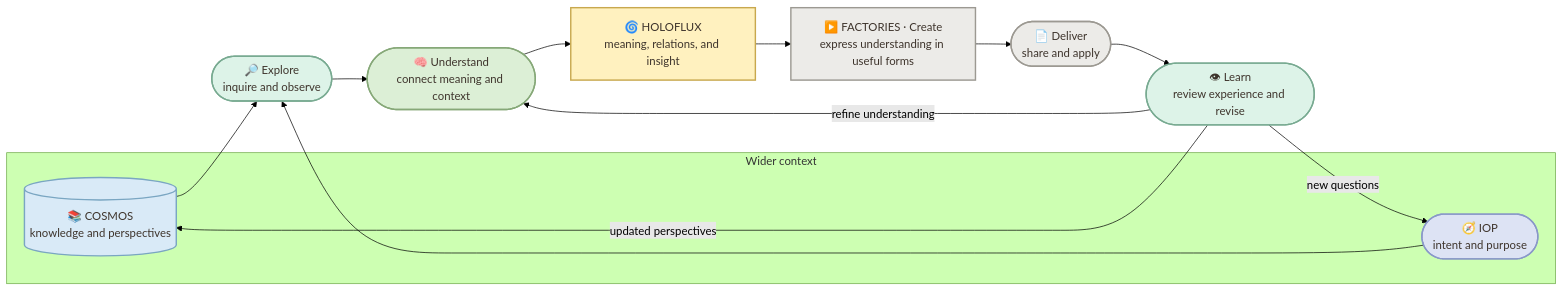
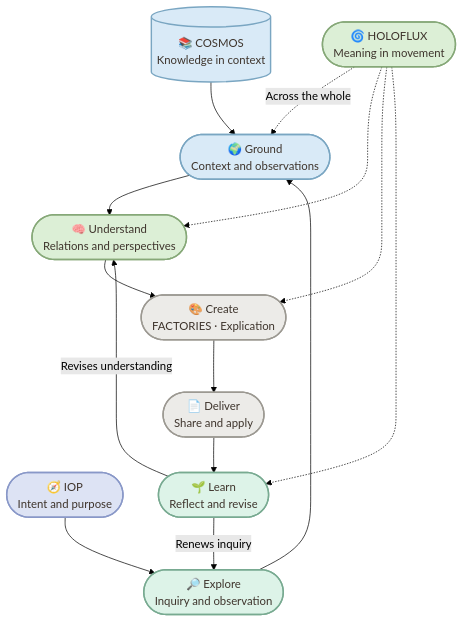
The second of 2 diagrams in README.md (enogrob/project-holoflux), drawn with Mermaid (forest theme) before and after one commit. The commit also changed other lines of this file, not shown here.

Commit message:
docs: refine public HOLOFLUX meaning and evolution (#1)

````diff
--- a/README.md
+++ b/README.md
@@ -75,32 +75,32 @@
 ```mermaid
-flowchart LR
-	subgraph Context["Wider context"]
-		K[(📚 COSMOS<br/>knowledge and perspectives)]:::context
-		Q([🧭 IOP<br/>intent and purpose]):::orientation
-	end
+flowchart TD
+    K[(📚 COSMOS<br/>Knowledge in context)]:::context
+    I([🧭 IOP<br/>Intent and purpose]):::orientation
+    E([🔎 Explore<br/>Inquiry and observation]):::observation
+    G([🌍 Ground<br/>Context and observations]):::context
+    U([🧠 Understand<br/>Relations and perspectives]):::understanding
+    C([🎨 Create<br/>FACTORIES · Explication]):::projection
+    D([📄 Deliver<br/>Share and apply]):::projection
+    L([🌱 Learn<br/>Reflect and revise]):::observation
+    H([🌀 HOLOFLUX<br/>Meaning in movement]):::understanding
 
-	U([🔎 Explore<br/>inquire and observe]):::observation
-	M([🧠 Understand<br/>connect meaning and context]):::understanding
-	X[🌀 HOLOFLUX<br/>meaning, relations, and insight]:::orchestration
-	C[▶️ FACTORIES · Create<br/>express understanding in useful forms]:::projection
-	D([📄 Deliver<br/>share and apply]):::projection
-	R([👁 Learn<br/>review experience and revise]):::observation
+    K --> G
+    I --> E
+    E --> G
+    G --> U
+    U --> C
+    C --> D
+    D --> L
+    L -->|Renews inquiry| E
+    L -->|Revises understanding| U
+    H -.->|Across the whole| G
+    H -.-> U
+    H -.-> C
+    H -.-> L
 
-	K --> U
-	Q --> U
-	U --> M
-	M --> X
-	X --> C
-	C --> D
-	D --> R
-	R -->|new questions| Q
-	R -->|updated perspectives| K
-	R -->|refine understanding| M
-
-	classDef context fill:#D9EAF7,stroke:#7AA6C2,color:#3E342C,stroke-width:2px;
-	classDef orientation fill:#DDE3F4,stroke:#8998C8,color:#3E342C,stroke-width:2px;
-	classDef observation fill:#DDF3E8,stroke:#78AA91,color:#3E342C,stroke-width:2px;
-	classDef understanding fill:#DCEFD6,stroke:#86A878,color:#3E342C,stroke-width:2px;
-	classDef orchestration fill:#FFF1BF,stroke:#C8A84E,color:#3E342C,stroke-width:2px;
-	classDef projection fill:#ECEBE8,stroke:#9C9992,color:#3E342C,stroke-width:2px;
+    classDef context fill:#D9EAF7,stroke:#7AA6C2,color:#3E342C,stroke-width:2px;
+    classDef orientation fill:#DDE3F4,stroke:#8998C8,color:#3E342C,stroke-width:2px;
+    classDef understanding fill:#DCEFD6,stroke:#86A878,color:#3E342C,stroke-width:2px;
+    classDef projection fill:#ECEBE8,stroke:#9C9992,color:#3E342C,stroke-width:2px;
+    classDef observation fill:#DDF3E8,stroke:#78AA91,color:#3E342C,stroke-width:2px;
 ```
````
